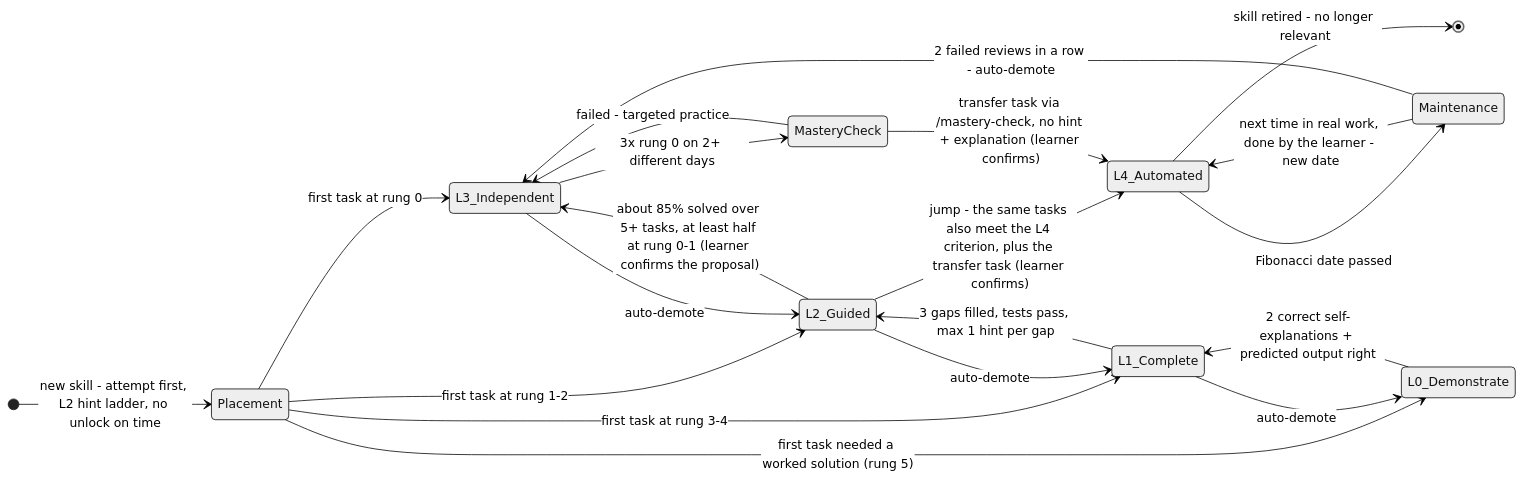
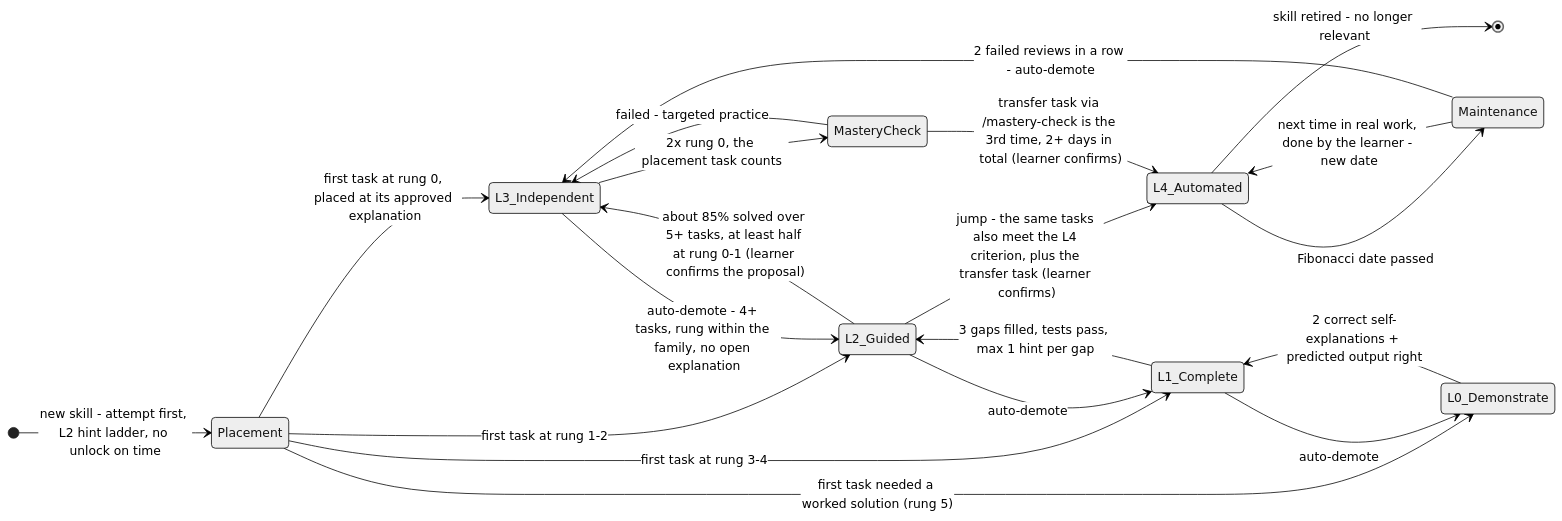
The third of 19 diagrams in docs/en/research.md (piethanegraaf/piethanegraaf.github.io), drawn with Mermaid (neutral theme) before and after one commit. The commit also changed other lines of this file and 9 other files, not shown here.

````diff
--- a/docs/en/research.md
+++ b/docs/en/research.md
@@ -880,28 +921,28 @@
 ```mermaid
 stateDiagram-v2
     direction LR
     [*] --> Placement : new skill - attempt first, L2 hint ladder, no unlock on time
 
-    Placement --> L3_Independent : first task at rung 0
+    Placement --> L3_Independent : first task at rung 0, placed at its approved explanation
     Placement --> L2_Guided : first task at rung 1-2
     Placement --> L1_Complete : first task at rung 3-4
     Placement --> L0_Demonstrate : first task needed a worked solution (rung 5)
 
     L0_Demonstrate --> L1_Complete : 2 correct self-explanations + predicted output right
     L1_Complete --> L2_Guided : 3 gaps filled, tests pass, max 1 hint per gap
     L2_Guided --> L3_Independent : about 85% solved over 5+ tasks, at least half at rung 0-1 (learner confirms the proposal)
     L2_Guided --> L4_Automated : jump - the same tasks also meet the L4 criterion, plus the transfer task (learner confirms)
-    L3_Independent --> MasteryCheck : 3x rung 0 on 2+ different days
-    MasteryCheck --> L4_Automated : transfer task via /mastery-check, no hint + explanation (learner confirms)
+    L3_Independent --> MasteryCheck : 2x rung 0, the placement task counts
+    MasteryCheck --> L4_Automated : transfer task via /mastery-check is the 3rd time, 2+ days in total (learner confirms)
     MasteryCheck --> L3_Independent : failed - targeted practice
 
     L1_Complete --> L0_Demonstrate : auto-demote
     L2_Guided --> L1_Complete : auto-demote
-    L3_Independent --> L2_Guided : auto-demote
+    L3_Independent --> L2_Guided : auto-demote - 4+ tasks, rung within the family, no open explanation
 
     L4_Automated --> Maintenance : Fibonacci date passed
     Maintenance --> L4_Automated : next time in real work, done by the learner - new date
     Maintenance --> L3_Independent : 2 failed reviews in a row - auto-demote
 
     L4_Automated --> [*] : skill retired - no longer relevant
 ```
````
